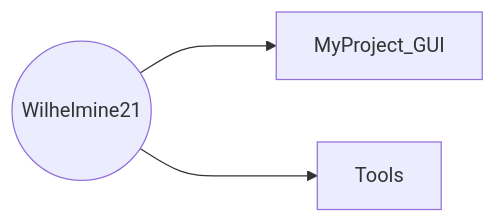
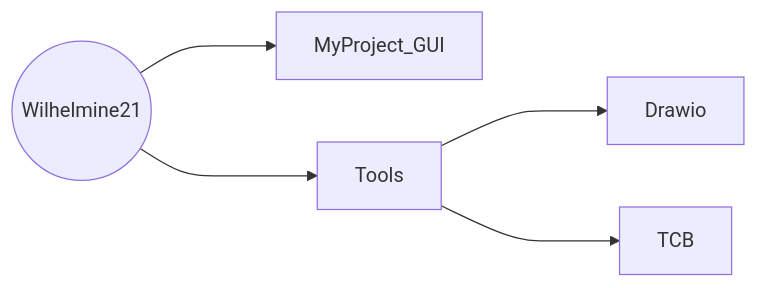
Before and after one commit to Wilhelmine21/Wilhelmine21: the diagram in README.md, drawn with Mermaid. The commit also changed other lines of this file, not shown here.

Commit message:
update new readme

````diff
--- a/README.md
+++ b/README.md
@@ -7,6 +7,8 @@
 ```mermaid
 graph LR;
 Wilhelmine21((Wilhelmine21)) ---> MyProject_GUI
 Wilhelmine21((Wilhelmine21)) ---> Tools
 
+Tools ---> Drawio
+Tools ---> TCB
 ```
````
